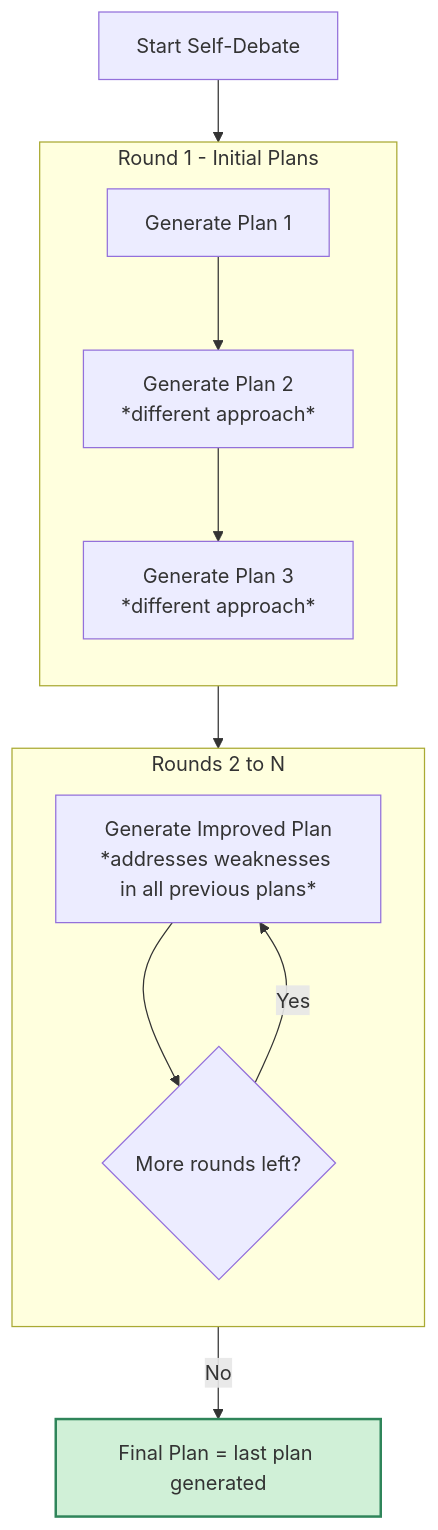
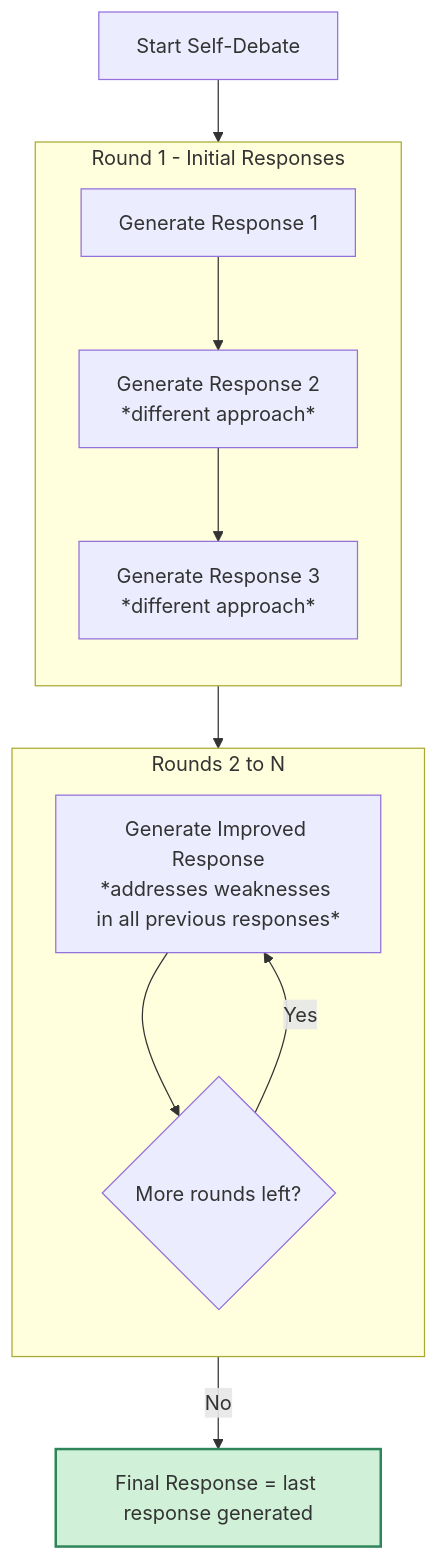
One commit to jalehman/mcp-sage changed the second of 2 diagrams in README.md. Above: the diagram before and after it, drawn with Mermaid. The commit also changed other lines of this file, not shown here.

````diff
--- a/README.md
+++ b/README.md
@@ -127,23 +118,23 @@
 ```mermaid
 flowchart TD
   SD0[Start Self-Debate] --> R1
 
-  subgraph R1["Round 1 - Initial Plans"]
+  subgraph R1["Round 1 - Initial Responses"]
     direction TB
-    P1[Generate Plan 1] --> P2[Generate Plan 2<br/>*different approach*]
-    P2 --> P3[Generate Plan 3<br/>*different approach*]
+    P1[Generate Response 1] --> P2[Generate Response 2<br/>*different approach*]
+    P2 --> P3[Generate Response 3<br/>*different approach*]
   end
 
   subgraph RN["Rounds 2 to N"]
     direction TB
-    REF[Generate Improved Plan<br/>*addresses weaknesses in all previous plans*]
+    REF[Generate Improved Response<br/>*addresses weaknesses in all previous responses*]
     DEC{More rounds left?}
     REF --> DEC
     DEC -->|Yes| REF
   end
 
   R1 --> RN
-  DEC -->|No| FP[Final Plan = last plan generated]
+  DEC -->|No| FP[Final Response = last response generated]
 
   style FP fill:#D0F0D7,stroke:#2F855A,stroke-width:2px
 ```
````
